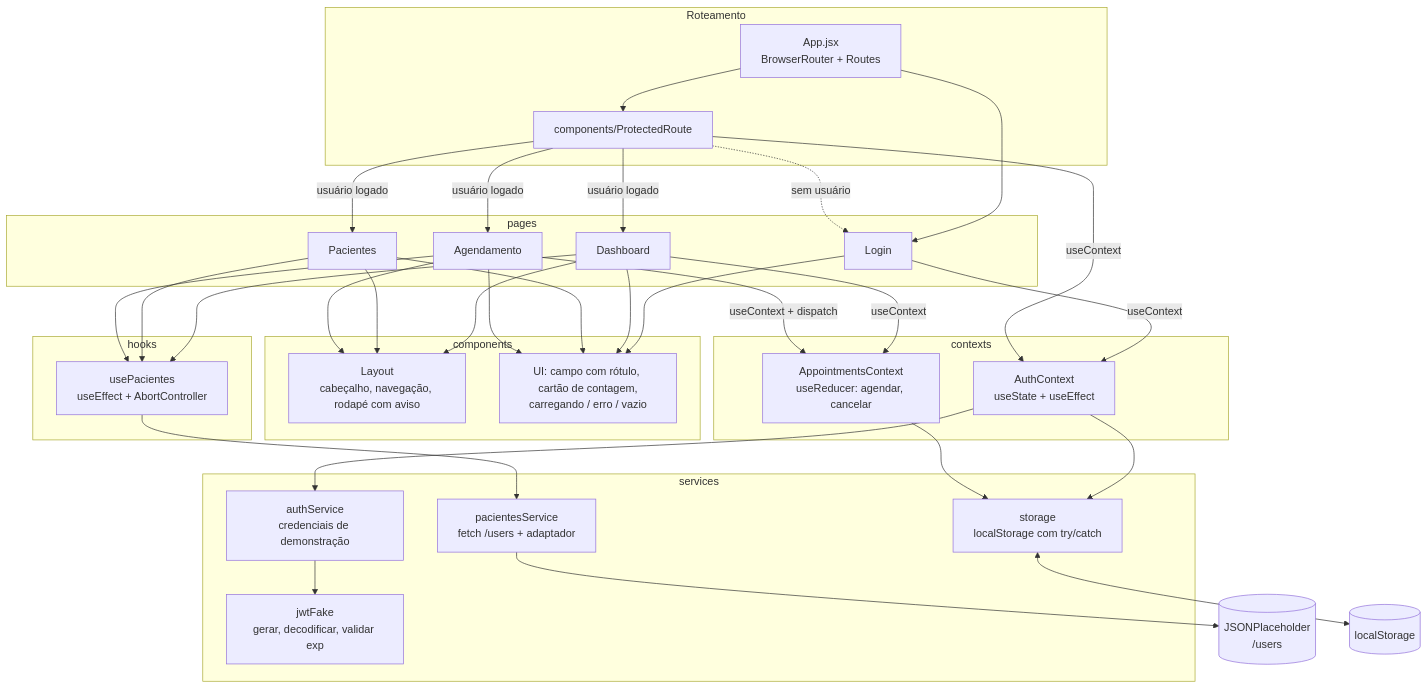
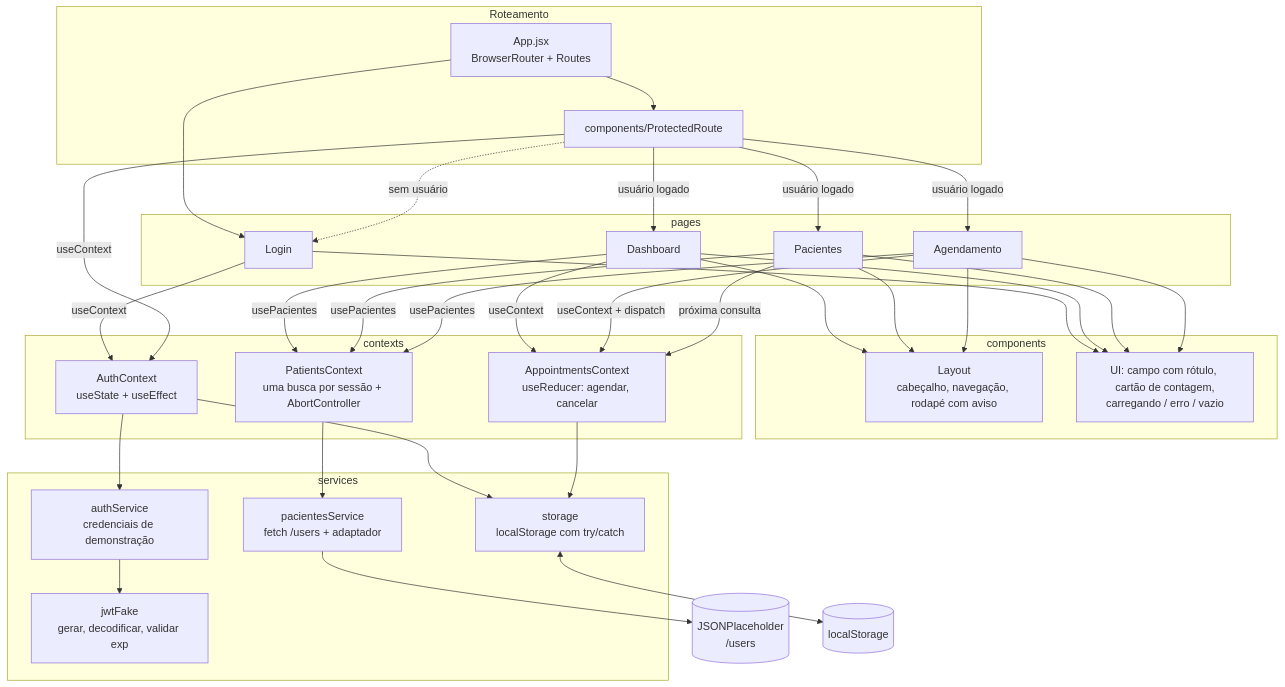
The first of 4 diagrams in docs/arquitetura.md (Cesar-Azeredo/grupo-zion-cardioia-portal), drawn with Mermaid before and after one commit. The commit also changed other lines of this file and 13 other files, not shown here.

First line of the commit message:
refactor(pacientes): move a busca de pacientes para um PatientsProvider

````diff
--- a/docs/arquitetura.md
+++ b/docs/arquitetura.md
@@ -9,60 +9,58 @@
 ```mermaid
 flowchart TD
     subgraph Roteamento
         R[App.jsx<br/>BrowserRouter + Routes]
         PR[components/ProtectedRoute]
     end
 
     subgraph pages
         PL[Login]
         PD[Dashboard]
         PP[Pacientes]
         PA[Agendamento]
     end
 
     subgraph components
         L[Layout<br/>cabeçalho, navegação, rodapé com aviso]
         UI[UI: campo com rótulo, cartão de contagem,<br/>carregando / erro / vazio]
     end
 
     subgraph contexts
         AC[AuthContext<br/>useState + useEffect]
         APC[AppointmentsContext<br/>useReducer: agendar, cancelar]
-    end
-
-    subgraph hooks
-        UP[usePacientes<br/>useEffect + AbortController]
+        PC[PatientsContext<br/>uma busca por sessão + AbortController]
     end
 
     subgraph services
         JWT[jwtFake<br/>gerar, decodificar, validar exp]
         AS[authService<br/>credenciais de demonstração]
         PS[pacientesService<br/>fetch /users + adaptador]
         ST[storage<br/>localStorage com try/catch]
     end
 
     EXT[(JSONPlaceholder<br/>/users)]
     LS[(localStorage)]
 
     R --> PL
     R --> PR
     PR -->|usuário logado| PD & PP & PA
     PR -.->|sem usuário| PL
 
     PD & PP & PA --> L
     PL & PD & PP & PA --> UI
 
     PL -->|useContext| AC
     PR -->|useContext| AC
     PD -->|useContext| APC
     PA -->|useContext + dispatch| APC
 
-    PD & PP & PA --> UP
-    UP --> PS
+    PD & PP & PA -->|usePacientes| PC
+    PP -->|próxima consulta| APC
+    PC --> PS
 
     AC --> AS --> JWT
     AC --> ST
     APC --> ST
     ST <--> LS
     PS --> EXT
 ```
````
